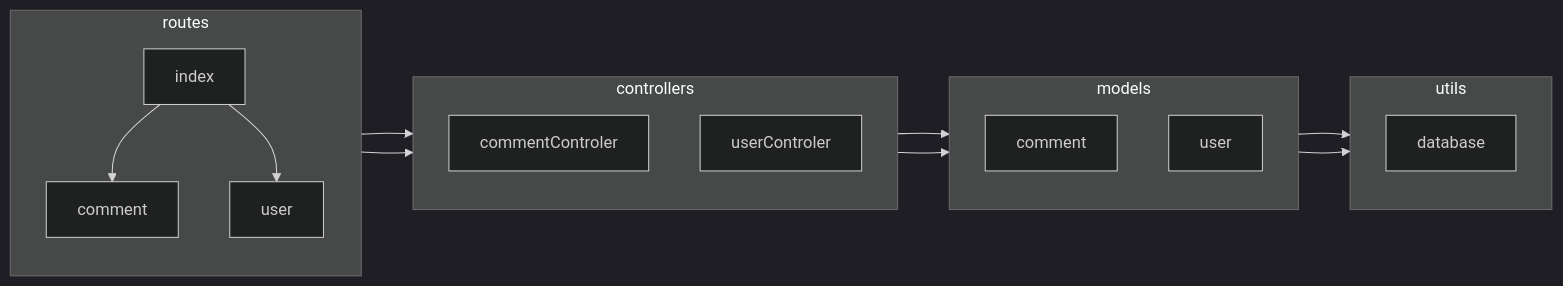
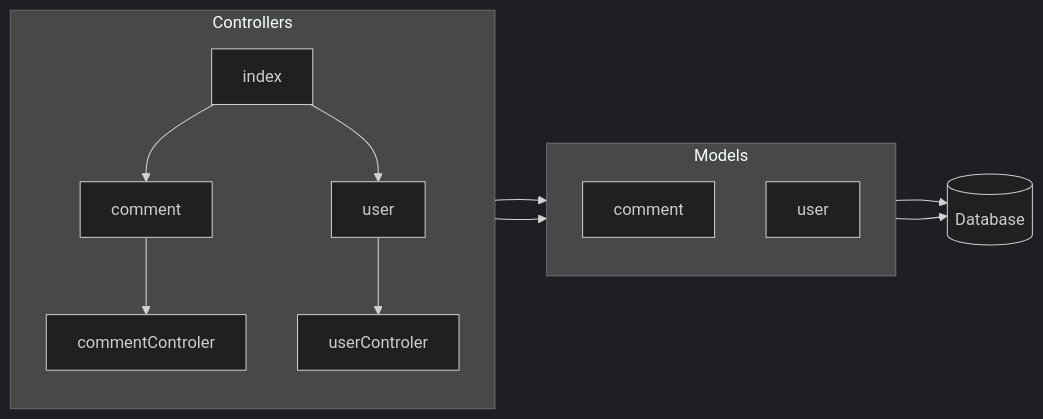
The second of 2 diagrams in README.md (aserg-ufmg/esmforum), drawn with Mermaid (dark theme) before and after one commit.

````diff
--- a/README.md
+++ b/README.md
@@ -68,31 +68,25 @@
 ```mermaid
     flowchart LR
         com --> cct;
         ind --> com;
         ind --> usr;
         usr --> uct;
         cct --> cmd;
         uct --> umd;
         cmd --> db;
         umd --> db;
-        subgraph routes
+        subgraph Controllers
         direction TB
         com["comment"];
         ind["index"];
         usr["user"];
-        end
-        subgraph controllers
-        direction TB
         cct["commentControler"];
         uct["userControler"];
         end
-        subgraph models
+        subgraph Models
         direction TB
         cmd["comment"];
         umd["user"];
         end
-        subgraph utils
-        direction TB
-        db["database"];
-        end
+        db[("Database")];
 ```
````
